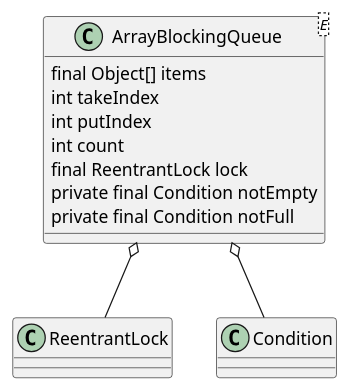
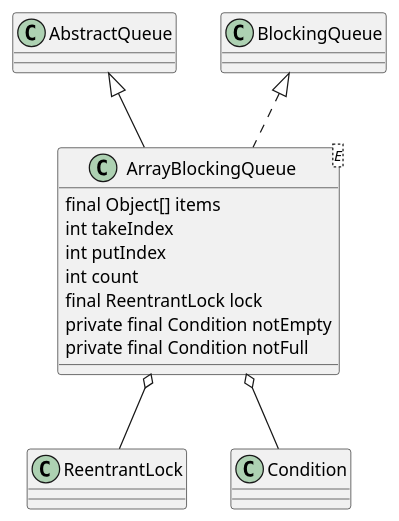
One commit to onlyonion/development changed the diagram in docs/10-java/src/rt.jar.src/java/util/concurrent/queue.ArrayBlockingQueue.md. Above: the diagram before and after it, drawn with PlantUML. The commit also changed 8 other files, not shown here.

````diff
--- a/docs/10-java/src/rt.jar.src/java/util/concurrent/queue.ArrayBlockingQueue.md
+++ b/docs/10-java/src/rt.jar.src/java/util/concurrent/queue.ArrayBlockingQueue.md
@@ -23,18 +23,19 @@
 ```plantuml
 @startuml
 
 class ArrayBlockingQueue<E> {
     final Object[] items
     int takeIndex
     int putIndex
     int count
     final ReentrantLock lock
     private final Condition notEmpty
     private final Condition notFull
 }
-
+AbstractQueue ^-- ArrayBlockingQueue
+BlockingQueue ^.. ArrayBlockingQueue
 ArrayBlockingQueue o-- ReentrantLock
 ArrayBlockingQueue o-- Condition
 
 @enduml
 ```
````
